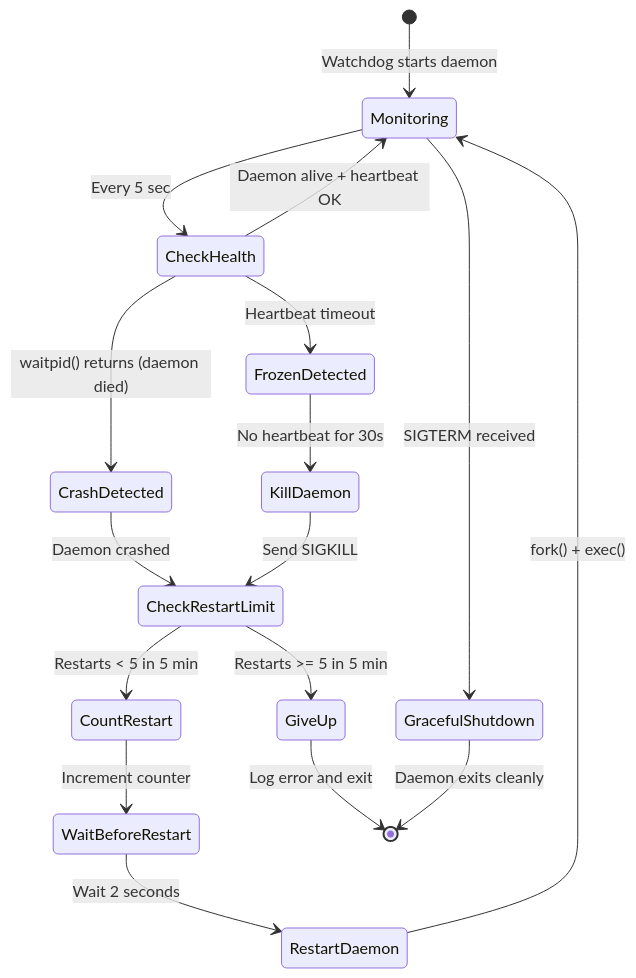
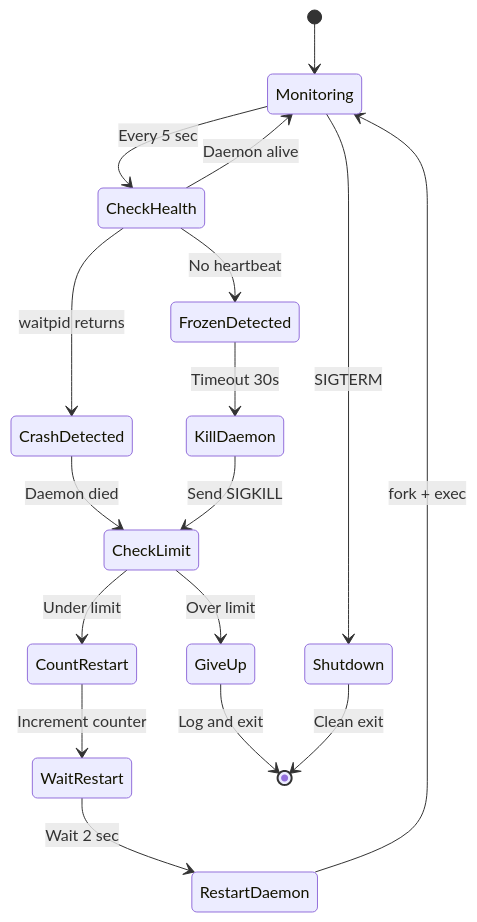
The fourth of 4 diagrams in docs/DAEMON_WATCHDOG.md (allejako/GridGuard), drawn with Mermaid before and after one commit. The commit also changed other lines of this file, not shown here.

Commit message:
Add daemon/watchdog architecture docs/diagrams

````diff
--- a/docs/DAEMON_WATCHDOG.md
+++ b/docs/DAEMON_WATCHDOG.md
@@ -190,26 +158,26 @@
 ```mermaid
 stateDiagram-v2
-    [*] --> Monitoring: Watchdog starts daemon
+    [*] --> Monitoring
 
     Monitoring --> CheckHealth: Every 5 sec
-    CheckHealth --> Monitoring: Daemon alive + heartbeat OK
+    CheckHealth --> Monitoring: Daemon alive
 
-    CheckHealth --> CrashDetected: waitpid() returns (daemon died)
-    CheckHealth --> FrozenDetected: Heartbeat timeout
+    CheckHealth --> CrashDetected: waitpid returns
+    CheckHealth --> FrozenDetected: No heartbeat
 
-    CrashDetected --> CheckRestartLimit: Daemon crashed
-    FrozenDetected --> KillDaemon: No heartbeat for 30s
-    KillDaemon --> CheckRestartLimit: Send SIGKILL
+    CrashDetected --> CheckLimit: Daemon died
+    FrozenDetected --> KillDaemon: Timeout 30s
+    KillDaemon --> CheckLimit: Send SIGKILL
 
-    CheckRestartLimit --> CountRestart: Restarts < 5 in 5 min
-    CheckRestartLimit --> GiveUp: Restarts >= 5 in 5 min
+    CheckLimit --> CountRestart: Under limit
+    CheckLimit --> GiveUp: Over limit
 
-    CountRestart --> WaitBeforeRestart: Increment counter
-    WaitBeforeRestart --> RestartDaemon: Wait 2 seconds
-    RestartDaemon --> Monitoring: fork() + exec()
+    CountRestart --> WaitRestart: Increment counter
+    WaitRestart --> RestartDaemon: Wait 2 sec
+    RestartDaemon --> Monitoring: fork + exec
 
-    GiveUp --> [*]: Log error and exit
+    GiveUp --> [*]: Log and exit
 
-    Monitoring --> GracefulShutdown: SIGTERM received
-    GracefulShutdown --> [*]: Daemon exits cleanly
+    Monitoring --> Shutdown: SIGTERM
+    Shutdown --> [*]: Clean exit
 ```
````
